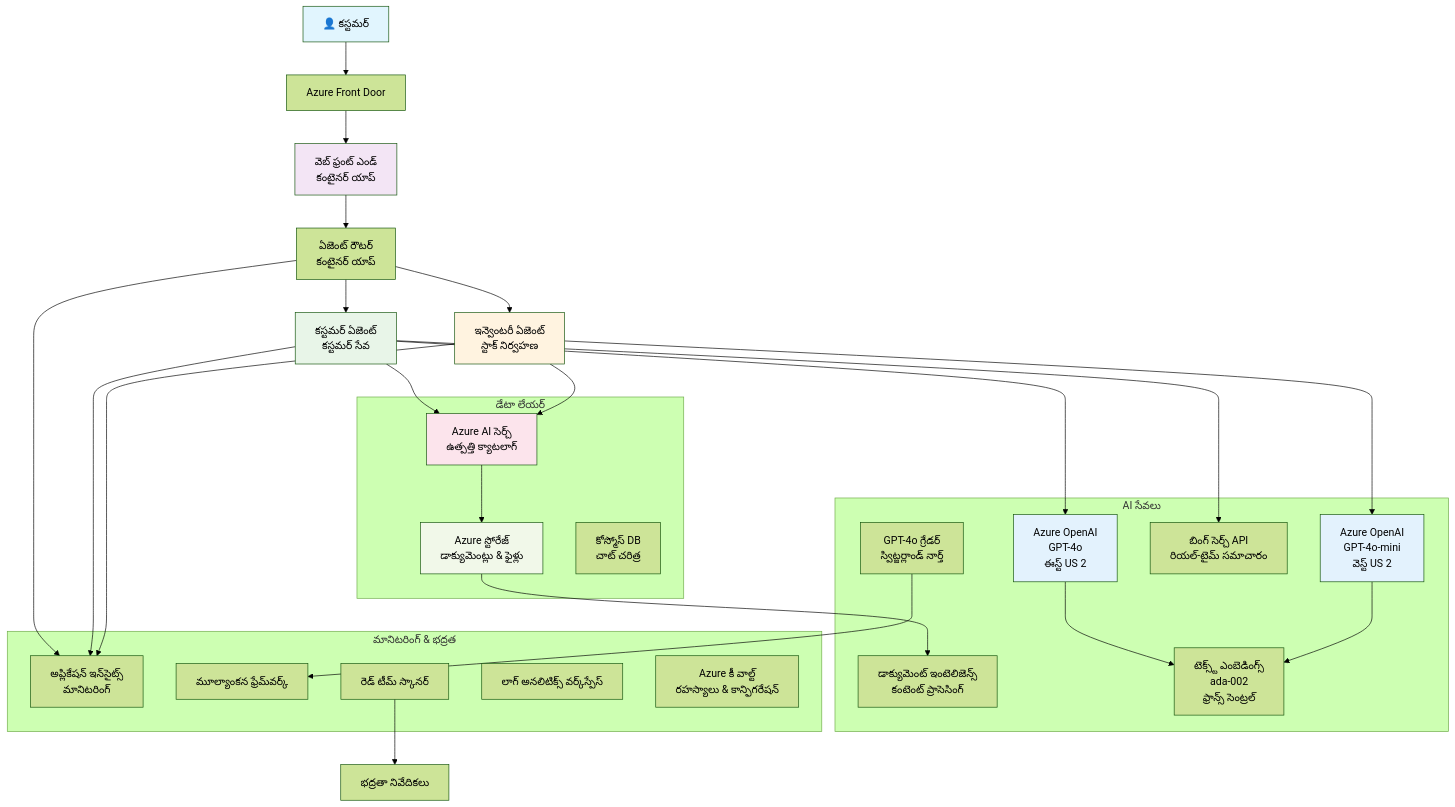
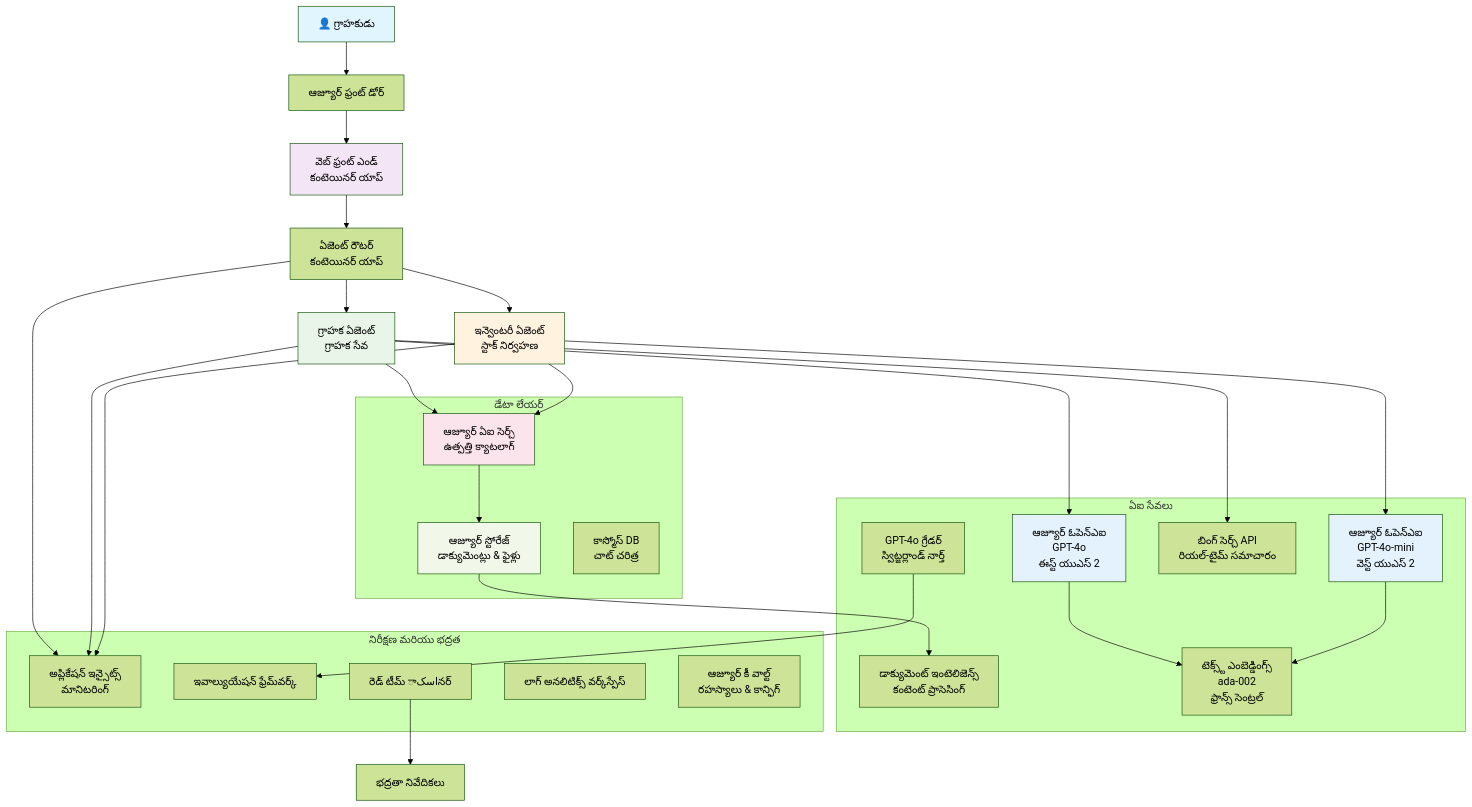
One commit to microsoft/AZD-for-beginners changed the diagram in translations/te/examples/retail-scenario.md. Above: the diagram before and after it, drawn with Mermaid (forest theme). The commit also changed other lines of this file and 470 other files, not shown here.

````diff
--- a/translations/te/examples/retail-scenario.md
+++ b/translations/te/examples/retail-scenario.md
@@ -148,61 +139,61 @@
 ```mermaid
 graph TB
-    User[👤 కస్టమర్] --> LB[Azure Front Door]
-    LB --> WebApp[వెబ్ ఫ్రంట్ ఎండ్<br/>కంటైనర్ యాప్]
+    User[👤 గ్రాహకుడు] --> LB[ఆజ్యూర్ ఫ్రంట్ డోర్]
+    LB --> WebApp[వెబ్ ఫ్రంట్ ఎండ్<br/>కంటెయినర్ యాప్]
     
-    WebApp --> Router[ఏజెంట్ రౌటర్<br/>కంటైనర్ యాప్]
-    Router --> CustomerAgent[కస్టమర్ ఏజెంట్<br/>కస్టమర్ సేవ]
+    WebApp --> Router[ఏజెంట్ రౌటర్<br/>కంటెయినర్ యాప్]
+    Router --> CustomerAgent[గ్రాహక ఏజెంట్<br/>గ్రాహక సేవ]
     Router --> InvAgent[ఇన్వెంటరీ ఏజెంట్<br/>స్టాక్ నిర్వహణ]
     
-    CustomerAgent --> OpenAI1[Azure OpenAI<br/>GPT-4o<br/>ఈస్ట్ US 2]
-    InvAgent --> OpenAI2[Azure OpenAI<br/>GPT-4o-mini<br/>వెస్ట్ US 2]
+    CustomerAgent --> OpenAI1[ఆజ్యూర్ ఓపెన్‌ఎఐ<br/>GPT-4o<br/>ఈస్ట్ యుఎస్ 2]
+    InvAgent --> OpenAI2[ఆజ్యూర్ ఓపెన్‌ఎఐ<br/>GPT-4o-mini<br/>వెస్ట్ యుఎస్ 2]
     
-    CustomerAgent --> AISearch[Azure AI సెర్చ్<br/>ఉత్పత్తి క్యాటలాగ్]
+    CustomerAgent --> AISearch[ఆజ్యూర్ ఏఐ సెర్చ్<br/>ఉత్పత్తి క్యాటలాగ్]
     CustomerAgent --> BingSearch[బింగ్ సెర్చ్ API<br/>రియల్-టైమ్ సమాచారం]
     InvAgent --> AISearch
     
-    AISearch --> Storage[Azure స్టోరేజ్<br/>డాక్యుమెంట్లు & ఫైళ్లు]
+    AISearch --> Storage[ఆజ్యూర్ స్టోరేజ్<br/>డాక్యుమెంట్లు & ఫైళ్లు]
     Storage --> DocIntel[డాక్యుమెంట్ ఇంటెలిజెన్స్<br/>కంటెంట్ ప్రాసెసింగ్]
     
-    OpenAI1 --> Embeddings[టెక్స్ట్ ఎంబెడింగ్స్<br/>ada-002<br/>ఫ్రాన్స్ సెంట్రల్]
+    OpenAI1 --> Embeddings[టెక్స్ట్ ఎంబెడ్డింగ్స్<br/>ada-002<br/>ఫ్రాన్స్ సెంట్రల్]
     OpenAI2 --> Embeddings
     
-    Router --> AppInsights[అప్లికేషన్ ఇన్‌సైట్స్<br/>మానిటరింగ్]
+    Router --> AppInsights[అప్లికేషన్ ఇన్సైట్స్<br/>మానిటరింగ్]
     CustomerAgent --> AppInsights
     InvAgent --> AppInsights
     
-    GraderModel[GPT-4o గ్రేడర్<br/>స్విట్జర్లాండ్ నార్త్] --> Evaluation[మూల్యాంకన ఫ్రేమ్‌వర్క్]
-    RedTeam[రెడ్ టీమ్ స్కానర్] --> SecurityReports[భద్రతా నివేదికలు]
+    GraderModel[GPT-4o గ్రేడర్<br/>స్విట్జర్లాండ్ నార్త్] --> Evaluation[ఇవాల్యుయేషన్ ఫ్రేమ్‌వర్క్]
+    RedTeam[రెడ్ టీమ్ اسکానర్] --> SecurityReports[భద్రతా నివేదికలు]
     
     subgraph "డేటా లేయర్"
         Storage
         AISearch
-        CosmosDB[కోస్మోస్ DB<br/>చాట్ చరిత్ర]
+        CosmosDB[కాస్మోస్ DB<br/>చాట్ చరిత్ర]
     end
     
-    subgraph "AI సేవలు"
+    subgraph "ఏఐ సేవలు"
         OpenAI1
         OpenAI2
         Embeddings
         GraderModel
         DocIntel
         BingSearch
     end
     
-    subgraph "మానిటరింగ్ & భద్రత"
+    subgraph "నిరీక్షణ మరియు భద్రత"
         AppInsights
         LogAnalytics[లాగ్ అనలిటిక్స్ వర్క్‌స్పేస్]
-        KeyVault[Azure కీ వాల్ట్<br/>రహస్యాలు & కాన్ఫిగరేషన్]
+        KeyVault[ఆజ్యూర్ కీ వాల్ట్<br/>రహస్యాలు & కాన్ఫిగ్]
         RedTeam
         Evaluation
     end
     
     style User fill:#e1f5fe
     style WebApp fill:#f3e5f5
     style CustomerAgent fill:#e8f5e8
     style InvAgent fill:#fff3e0
     style OpenAI1 fill:#e3f2fd
     style OpenAI2 fill:#e3f2fd
     style AISearch fill:#fce4ec
     style Storage fill:#f1f8e9
 ```
````
